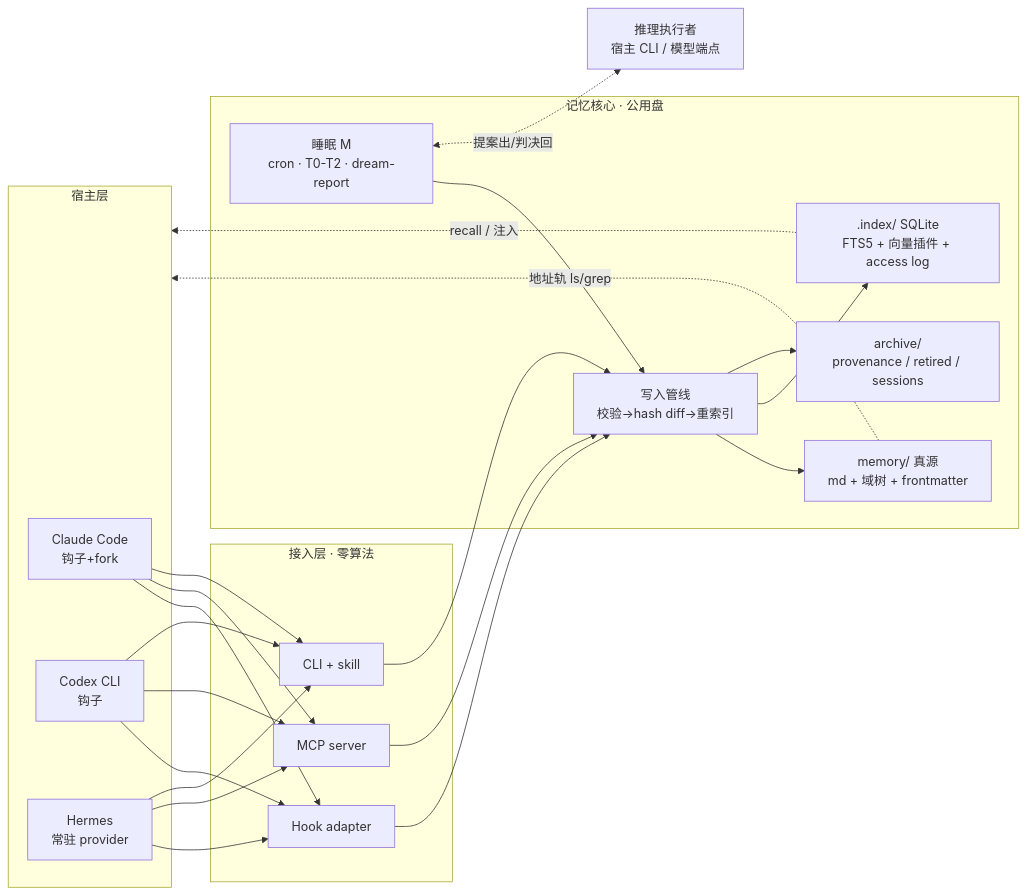
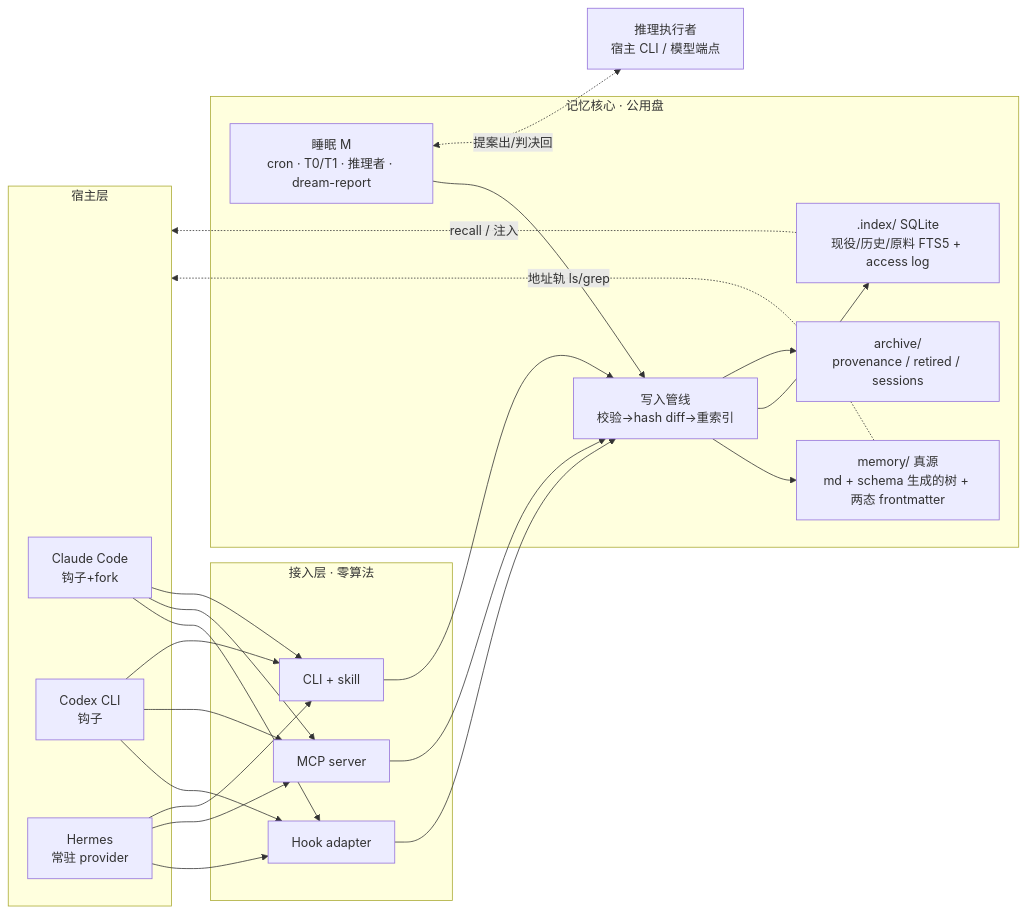
One commit to tigerless-labs/agent-memory changed the diagram in docs/design/architecture/overview.md. Above: the diagram before and after it, drawn with Mermaid. The commit also changed other lines of this file and 15 other files, not shown here.

First line of the commit message:
Design: schema-driven tree, two-state records, reconciled write path

````diff
--- a/docs/design/architecture/overview.md
+++ b/docs/design/architecture/overview.md
@@ -7,27 +7,27 @@
 ```mermaid
 flowchart LR
   subgraph hosts[宿主层]
     CC[Claude Code<br/>钩子+fork]
     CX[Codex CLI<br/>钩子]
     HM[Hermes<br/>常驻 provider]
   end
   subgraph adapters[接入层 · 零算法]
     HK[Hook adapter]
     MCP[MCP server]
     CLI[CLI + skill]
   end
   subgraph core[记忆核心 · 公用盘]
-    T[memory/ 真源<br/>md + 域树 + frontmatter]
+    T[memory/ 真源<br/>md + schema 生成的树 + 两态 frontmatter]
     P[写入管线<br/>校验→hash diff→重索引]
-    I[.index/ SQLite<br/>FTS5 + 向量插件 + access log]
+    I[.index/ SQLite<br/>现役/历史/原料 FTS5 + access log]
     A[archive/<br/>provenance / retired / sessions]
-    M[睡眠 M<br/>cron · T0-T2 · dream-report]
+    M[睡眠 M<br/>cron · T0/T1 · 推理者 · dream-report]
   end
   RS[推理执行者<br/>宿主 CLI / 模型端点]
   CC & CX & HM --> HK & MCP & CLI --> P
   P --> T & I & A
   M --> P
   M <-. "提案出/判决回" .-> RS
   I -. "recall / 注入" .-> hosts
   T -. "地址轨 ls/grep" .-> hosts
 ```
````
